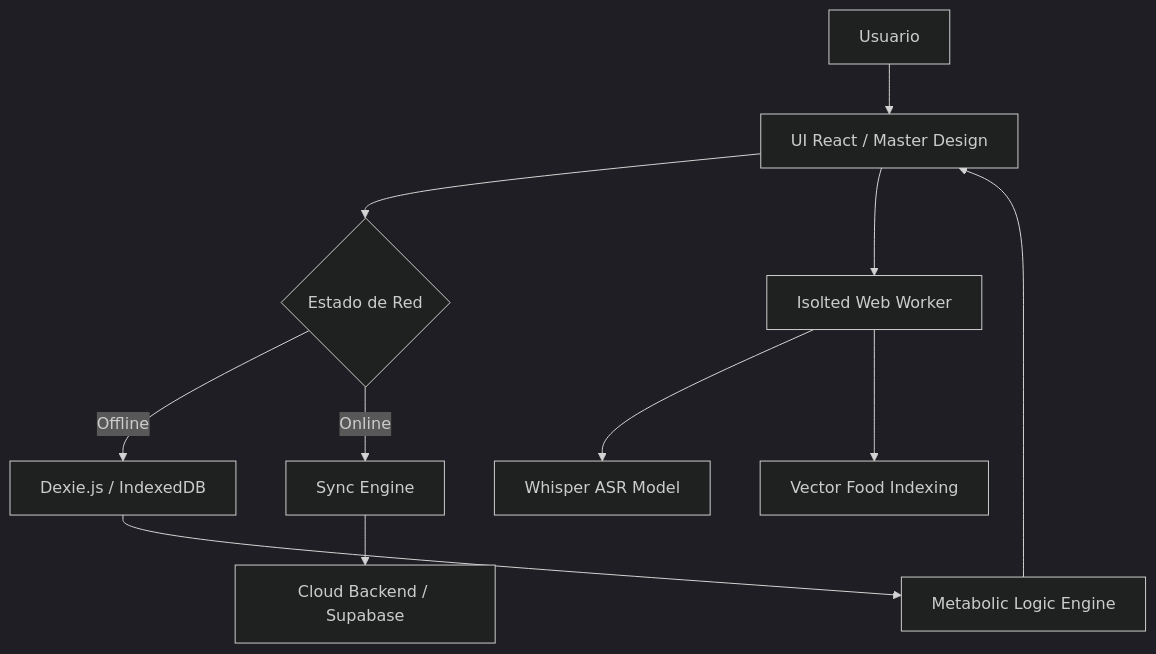
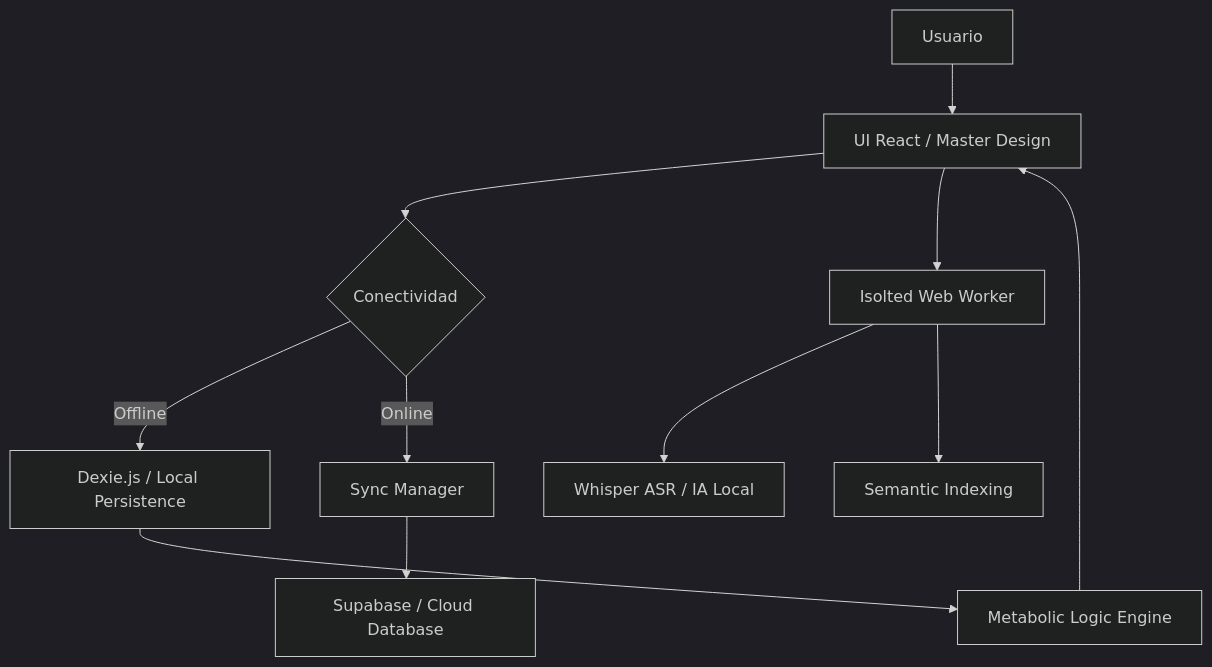
Before and after one commit to jjho05/BloodCare: the diagram in README.md, drawn with Mermaid (dark theme). The commit also changed other lines of this file, not shown here.

````diff
--- a/README.md
+++ b/README.md
@@ -57,13 +55,13 @@
 ```mermaid
 graph TD
     A[Usuario] --> B[UI React / Master Design]
-    B --> C{Estado de Red}
-    C -- Offline --> D[Dexie.js / IndexedDB]
-    C -- Online --> E[Sync Engine]
-    E --> F[Cloud Backend / Supabase]
+    B --> C{Conectividad}
+    C -- Offline --> D[Dexie.js / Local Persistence]
+    C -- Online --> E[Sync Manager]
+    E --> F[Supabase / Cloud Database]
     B --> G[Isolted Web Worker]
-    G --> H[Whisper ASR Model]
-    G --> I[Vector Food Indexing]
+    G --> H[Whisper ASR / IA Local]
+    G --> I[Semantic Indexing]
     D --> J[Metabolic Logic Engine]
     J --> B
 ```
````
